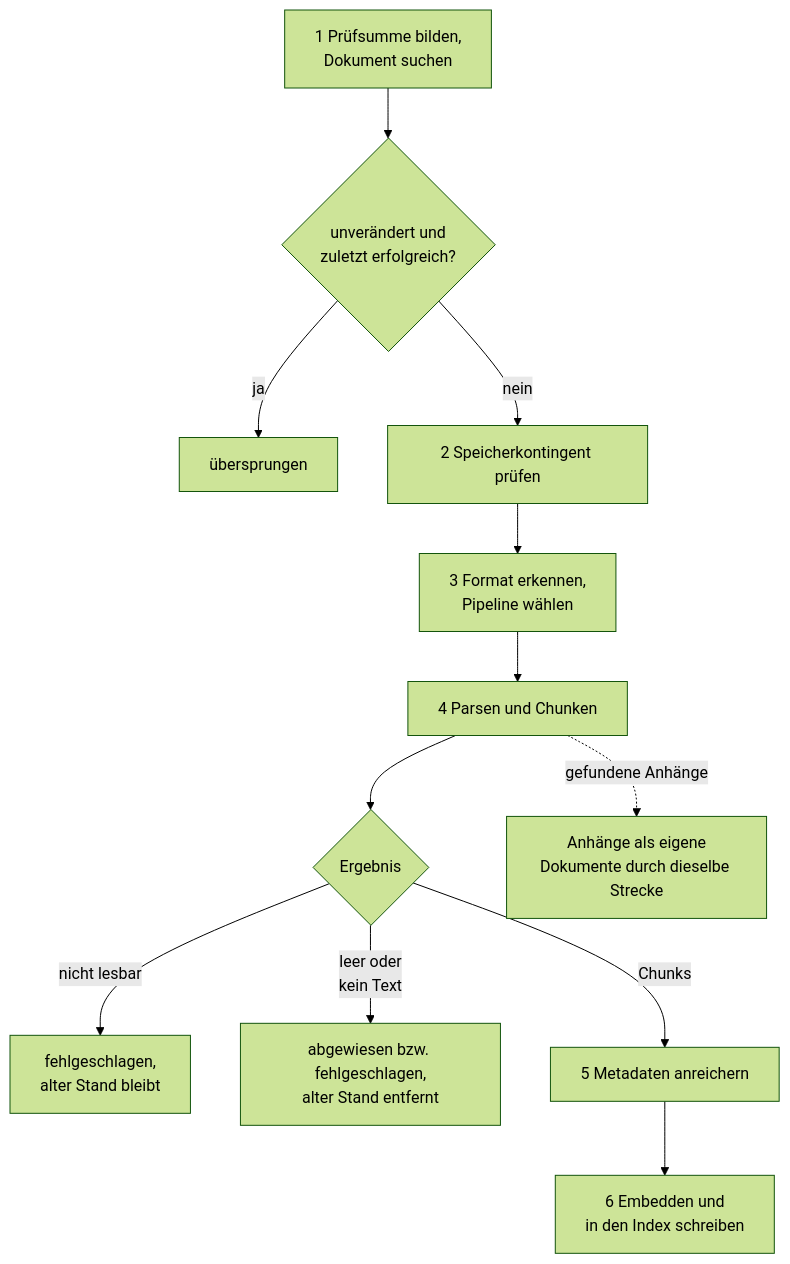
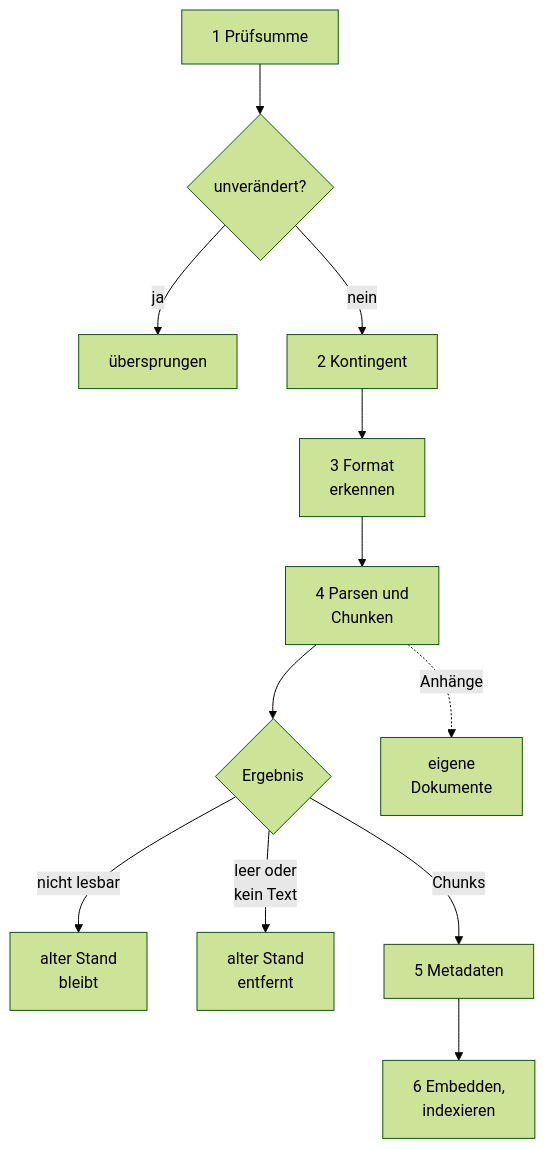
The fourth of 6 diagrams in docs/handbuch/wissensbibliotheken.md (criew/opaa), drawn with Mermaid (forest theme) before and after one commit. The commit also changed other lines of this file and 11 other files, not shown here.

First line of the commit message:
docs(handbuch): Mermaid-Knoten mit kurzen Zeilen

````diff
--- a/docs/handbuch/wissensbibliotheken.md
+++ b/docs/handbuch/wissensbibliotheken.md
@@ -229,14 +229,14 @@
 ```mermaid
 flowchart TB
-    S1[1 Prüfsumme bilden,<br/>Dokument suchen] --> Q{unverändert und<br/>zuletzt erfolgreich?}
+    S1[1 Prüfsumme] --> Q{unverändert?}
     Q -- ja --> SK[übersprungen]
-    Q -- nein --> S2[2 Speicherkontingent prüfen]
-    S2 --> S3[3 Format erkennen,<br/>Pipeline wählen]
-    S3 --> S4[4 Parsen und Chunken]
+    Q -- nein --> S2[2 Kontingent]
+    S2 --> S3[3 Format<br/>erkennen]
+    S3 --> S4[4 Parsen und<br/>Chunken]
     S4 --> R{Ergebnis}
-    R -- nicht lesbar --> FP[fehlgeschlagen,<br/>alter Stand bleibt]
-    R -- leer oder<br/>kein Text --> FA[abgewiesen bzw. fehlgeschlagen,<br/>alter Stand entfernt]
-    R -- Chunks --> S5[5 Metadaten anreichern]
-    S5 --> S6[6 Embedden und<br/>in den Index schreiben]
-    S4 -. gefundene Anhänge .-> AT[Anhänge als eigene<br/>Dokumente durch dieselbe Strecke]
+    R -- nicht lesbar --> FP[alter Stand<br/>bleibt]
+    R -- leer oder<br/>kein Text --> FA[alter Stand<br/>entfernt]
+    R -- Chunks --> S5[5 Metadaten]
+    S5 --> S6[6 Embedden,<br/>indexieren]
+    S4 -. Anhänge .-> AT[eigene<br/>Dokumente]
 ```
````
